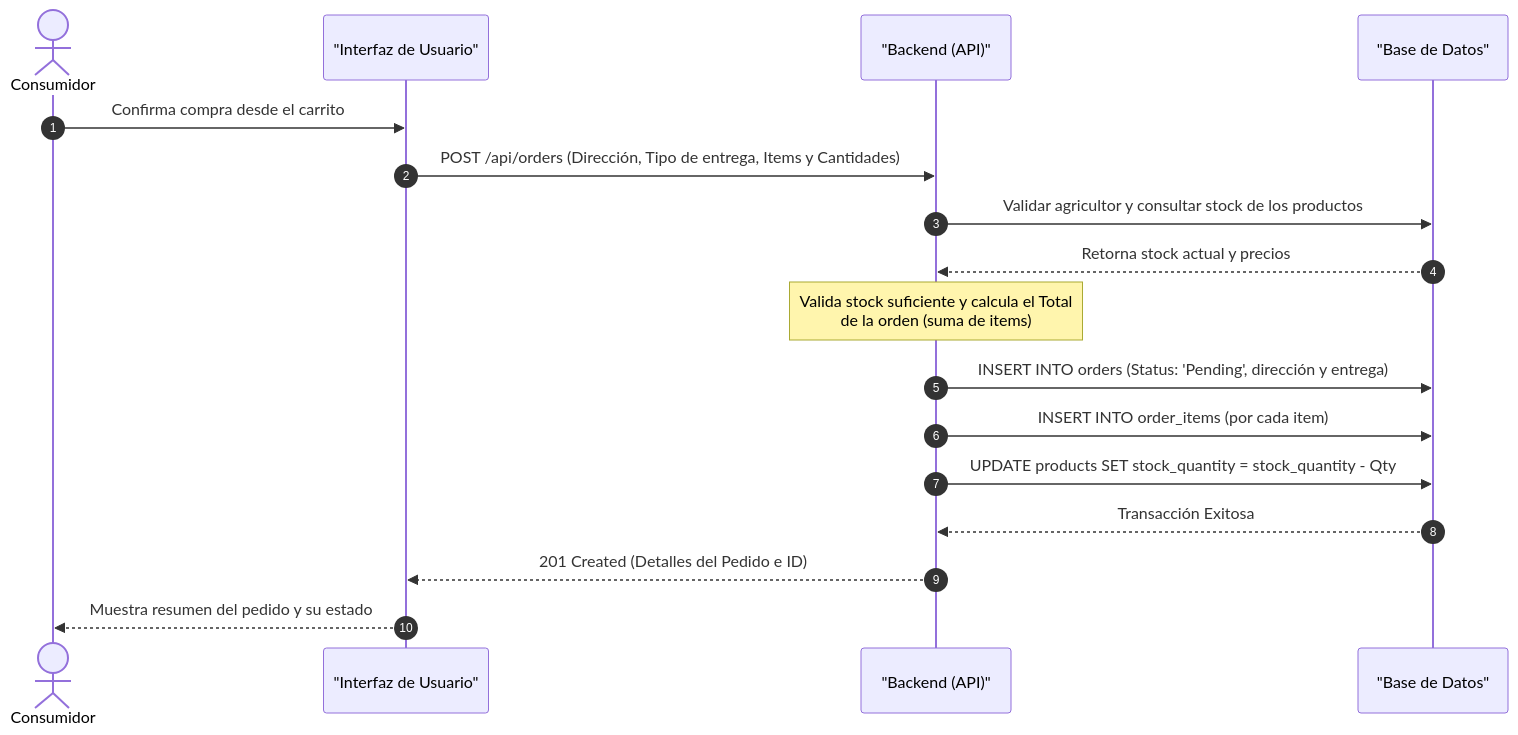
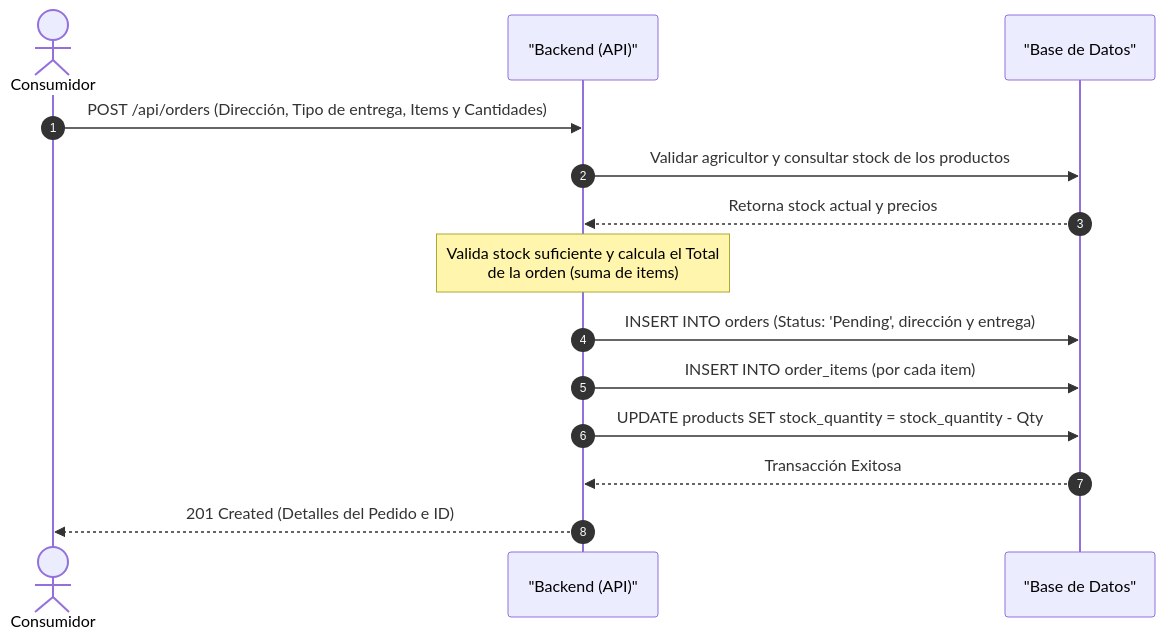
One commit to jbolivarz94/Diplomano.NET changed the third of 6 diagrams in retos/proyecto-final/MarketPlace/README.md. Above: the diagram before and after it, drawn with Mermaid. The commit also changed other lines of this file and 17 other files, not shown here.

````diff
--- a/retos/proyecto-final/MarketPlace/README.md
+++ b/retos/proyecto-final/MarketPlace/README.md
@@ -160,20 +154,17 @@
 ```mermaid
 sequenceDiagram
     autonumber
     actor Consumidor
-    participant UI as "Interfaz de Usuario"
     participant API as "Backend (API)"
     participant DB as "Base de Datos"
 
-    Consumidor->>UI: Confirma compra desde el carrito
-    UI->>API: POST /api/orders (Dirección, Tipo de entrega, Items y Cantidades)
+    Consumidor->>API: POST /api/orders (Dirección, Tipo de entrega, Items y Cantidades)
     API->>DB: Validar agricultor y consultar stock de los productos
     DB-->>API: Retorna stock actual y precios
     Note over API: Valida stock suficiente y calcula el Total<br/>de la orden (suma de items)
     API->>DB: INSERT INTO orders (Status: 'Pending', dirección y entrega)
     API->>DB: INSERT INTO order_items (por cada item)
     API->>DB: UPDATE products SET stock_quantity = stock_quantity - Qty
     DB-->>API: Transacción Exitosa
-    API-->>UI: 201 Created (Detalles del Pedido e ID)
-    UI-->>Consumidor: Muestra resumen del pedido y su estado
+    API-->>Consumidor: 201 Created (Detalles del Pedido e ID)
 ```
````
